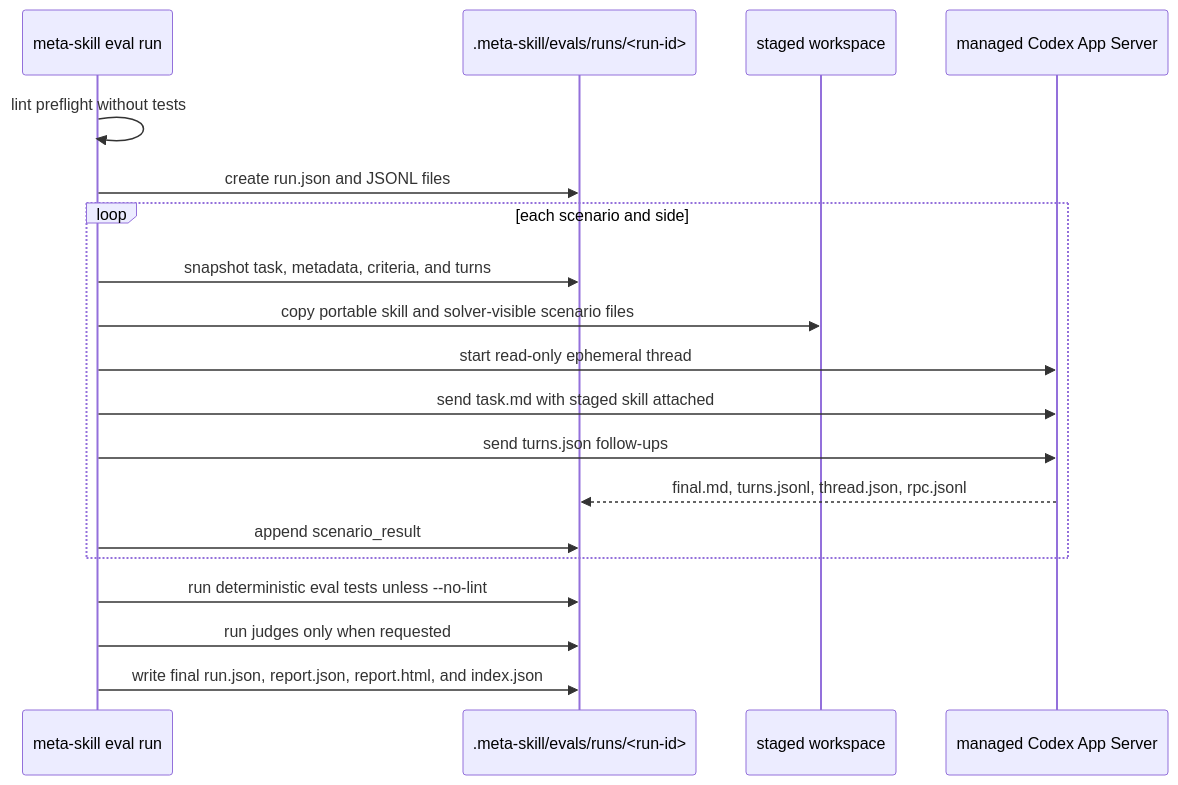
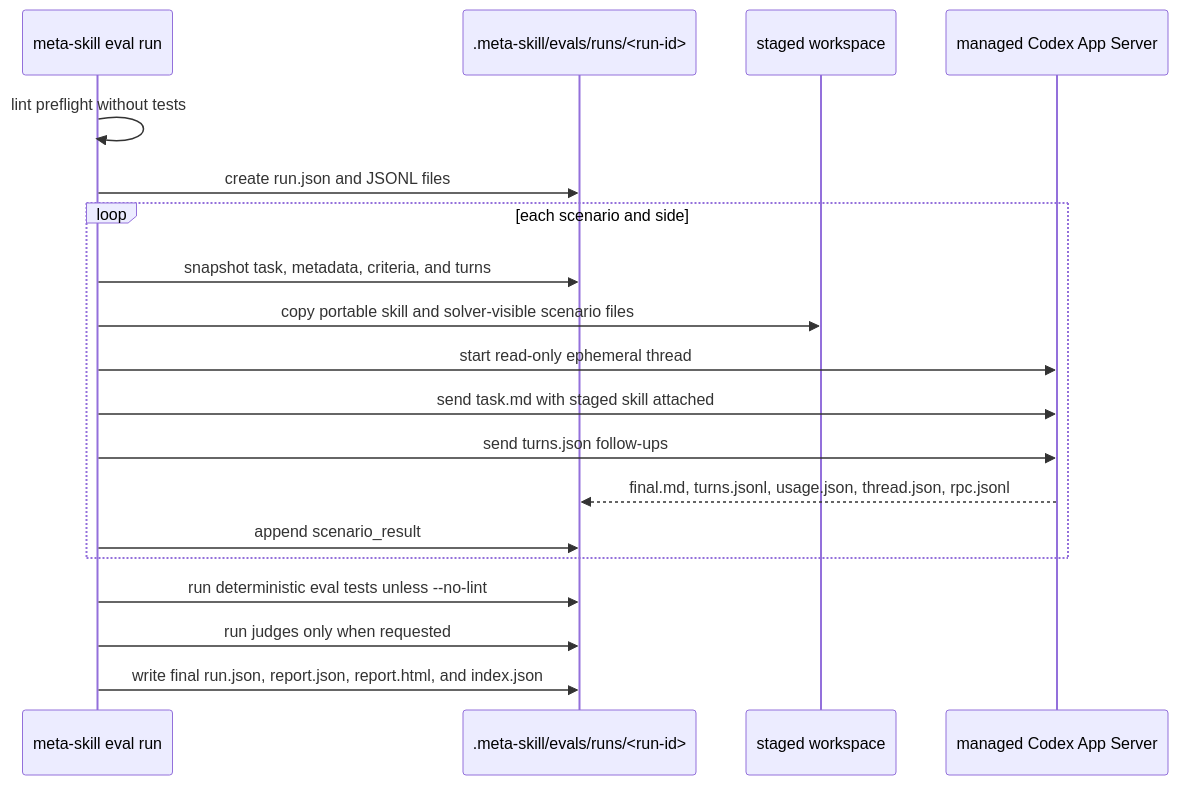
One commit to rishirsv/dots changed the fifth of 6 diagrams in plugins/meta-skill/architecture.md. Above: the diagram before and after it, drawn with Mermaid. The commit also changed other lines of this file and 21 other files, not shown here.

````diff
--- a/plugins/meta-skill/architecture.md
+++ b/plugins/meta-skill/architecture.md
@@ -135,22 +135,22 @@
 ```mermaid
 sequenceDiagram
   participant CLI as meta-skill eval run
   participant Run as .meta-skill/evals/runs/<run-id>
   participant Stage as staged workspace
   participant App as managed Codex App Server
 
   CLI->>CLI: lint preflight without tests
   CLI->>Run: create run.json and JSONL files
   loop each scenario and side
     CLI->>Run: snapshot task, metadata, criteria, and turns
     CLI->>Stage: copy portable skill and solver-visible scenario files
     CLI->>App: start read-only ephemeral thread
     CLI->>App: send task.md with staged skill attached
     CLI->>App: send turns.json follow-ups
-    App-->>Run: final.md, turns.jsonl, thread.json, rpc.jsonl
+    App-->>Run: final.md, turns.jsonl, usage.json, thread.json, rpc.jsonl
     CLI->>Run: append scenario_result
   end
   CLI->>Run: run deterministic eval tests unless --no-lint
   CLI->>Run: run judges only when requested
   CLI->>Run: write final run.json, report.json, report.html, and index.json
 ```
````
